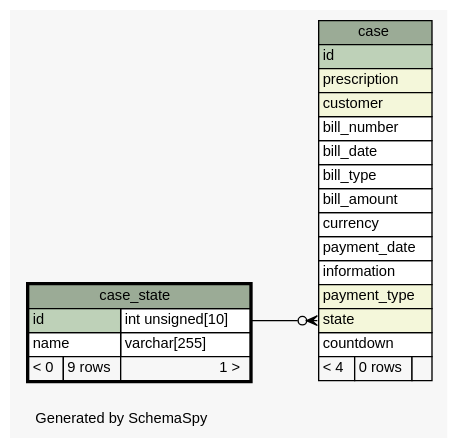
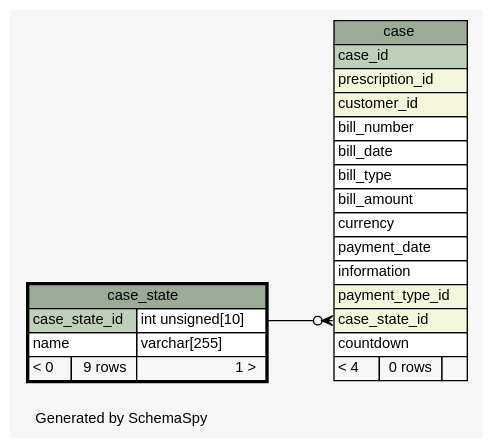
The diagram in diagrams/case_state.1degree.dot (KaiBMP/KaiBMP.github.io), drawn with Graphviz before and after one commit. The commit also changed 170 other files, not shown here.

Commit message:
schemaspy update

```diff
--- a/diagrams/case_state.1degree.dot
+++ b/diagrams/case_state.1degree.dot
@@ -1,56 +1,56 @@
 // dot 2.40.1 on Linux 5.3.0-28-generic
 // SchemaSpy rev 590
 digraph "oneDegreeRelationshipsDiagram" {
   graph [
     rankdir="RL"
     bgcolor="#f7f7f7"
     label="\nGenerated by SchemaSpy"
     labeljust="l"
     nodesep="0.18"
     ranksep="0.46"
     fontname="Helvetica"
     fontsize="11"
   ];
   node [
     fontname="Helvetica"
     fontsize="11"
     shape="plaintext"
   ];
   edge [
     arrowsize="0.8"
   ];
-  "case":"state":w -> "case_state":"id.type":e [arrowhead=none dir=back arrowtail=crowodot];
+  "case":"case_state_id":w -> "case_state":"case_state_id.type":e [arrowhead=none dir=back arrowtail=crowodot];
   "case" [
     label=<
     <TABLE BORDER="0" CELLBORDER="1" CELLSPACING="0" BGCOLOR="#ffffff">
       <TR><TD COLSPAN="3" BGCOLOR="#9bab96" ALIGN="CENTER">case</TD></TR>
-      <TR><TD PORT="id" COLSPAN="3" BGCOLOR="#bed1b8" ALIGN="LEFT">id</TD></TR>
-      <TR><TD PORT="prescription" COLSPAN="3" BGCOLOR="#f4f7da" ALIGN="LEFT">prescription</TD></TR>
-      <TR><TD PORT="customer" COLSPAN="3" BGCOLOR="#f4f7da" ALIGN="LEFT">customer</TD></TR>
+      <TR><TD PORT="case_id" COLSPAN="3" BGCOLOR="#bed1b8" ALIGN="LEFT">case_id</TD></TR>
+      <TR><TD PORT="prescription_id" COLSPAN="3" BGCOLOR="#f4f7da" ALIGN="LEFT">prescription_id</TD></TR>
+      <TR><TD PORT="customer_id" COLSPAN="3" BGCOLOR="#f4f7da" ALIGN="LEFT">customer_id</TD></TR>
       <TR><TD PORT="bill_number" COLSPAN="3" ALIGN="LEFT">bill_number</TD></TR>
       <TR><TD PORT="bill_date" COLSPAN="3" ALIGN="LEFT">bill_date</TD></TR>
       <TR><TD PORT="bill_type" COLSPAN="3" ALIGN="LEFT">bill_type</TD></TR>
       <TR><TD PORT="bill_amount" COLSPAN="3" ALIGN="LEFT">bill_amount</TD></TR>
       <TR><TD PORT="currency" COLSPAN="3" ALIGN="LEFT">currency</TD></TR>
       <TR><TD PORT="payment_date" COLSPAN="3" ALIGN="LEFT">payment_date</TD></TR>
       <TR><TD PORT="information" COLSPAN="3" ALIGN="LEFT">information</TD></TR>
-      <TR><TD PORT="payment_type" COLSPAN="3" BGCOLOR="#f4f7da" ALIGN="LEFT">payment_type</TD></TR>
-      <TR><TD PORT="state" COLSPAN="3" BGCOLOR="#f4f7da" ALIGN="LEFT">state</TD></TR>
+      <TR><TD PORT="payment_type_id" COLSPAN="3" BGCOLOR="#f4f7da" ALIGN="LEFT">payment_type_id</TD></TR>
+      <TR><TD PORT="case_state_id" COLSPAN="3" BGCOLOR="#f4f7da" ALIGN="LEFT">case_state_id</TD></TR>
       <TR><TD PORT="countdown" COLSPAN="3" ALIGN="LEFT">countdown</TD></TR>
       <TR><TD ALIGN="LEFT" BGCOLOR="#f7f7f7">&lt; 4</TD><TD ALIGN="RIGHT" BGCOLOR="#f7f7f7">0 rows</TD><TD ALIGN="RIGHT" BGCOLOR="#f7f7f7">  </TD></TR>
     </TABLE>>
     URL="case.html"
     tooltip="case"
   ];
   "case_state" [
     label=<
     <TABLE BORDER="2" CELLBORDER="1" CELLSPACING="0" BGCOLOR="#ffffff">
       <TR><TD COLSPAN="3" BGCOLOR="#9bab96" ALIGN="CENTER">case_state</TD></TR>
-      <TR><TD PORT="id" COLSPAN="2" BGCOLOR="#bed1b8" ALIGN="LEFT">id</TD><TD PORT="id.type" ALIGN="LEFT">int unsigned[10]</TD></TR>
+      <TR><TD PORT="case_state_id" COLSPAN="2" BGCOLOR="#bed1b8" ALIGN="LEFT">case_state_id</TD><TD PORT="case_state_id.type" ALIGN="LEFT">int unsigned[10]</TD></TR>
       <TR><TD PORT="name" COLSPAN="2" ALIGN="LEFT">name</TD><TD PORT="name.type" ALIGN="LEFT">varchar[255]</TD></TR>
       <TR><TD ALIGN="LEFT" BGCOLOR="#f7f7f7">&lt; 0</TD><TD ALIGN="RIGHT" BGCOLOR="#f7f7f7">9 rows</TD><TD ALIGN="RIGHT" BGCOLOR="#f7f7f7">1 &gt;</TD></TR>
     </TABLE>>
     URL="case_state.html"
     tooltip="case_state"
   ];
 }
```
